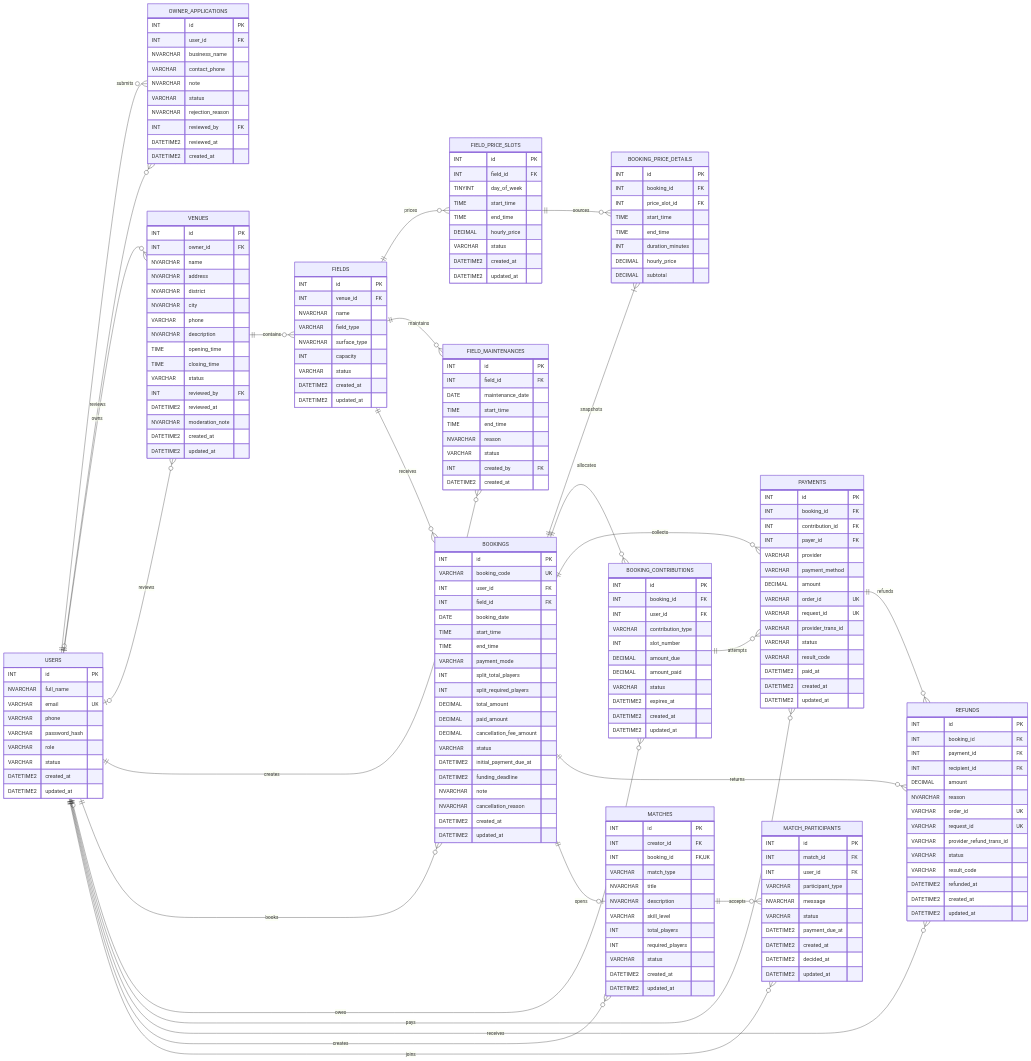
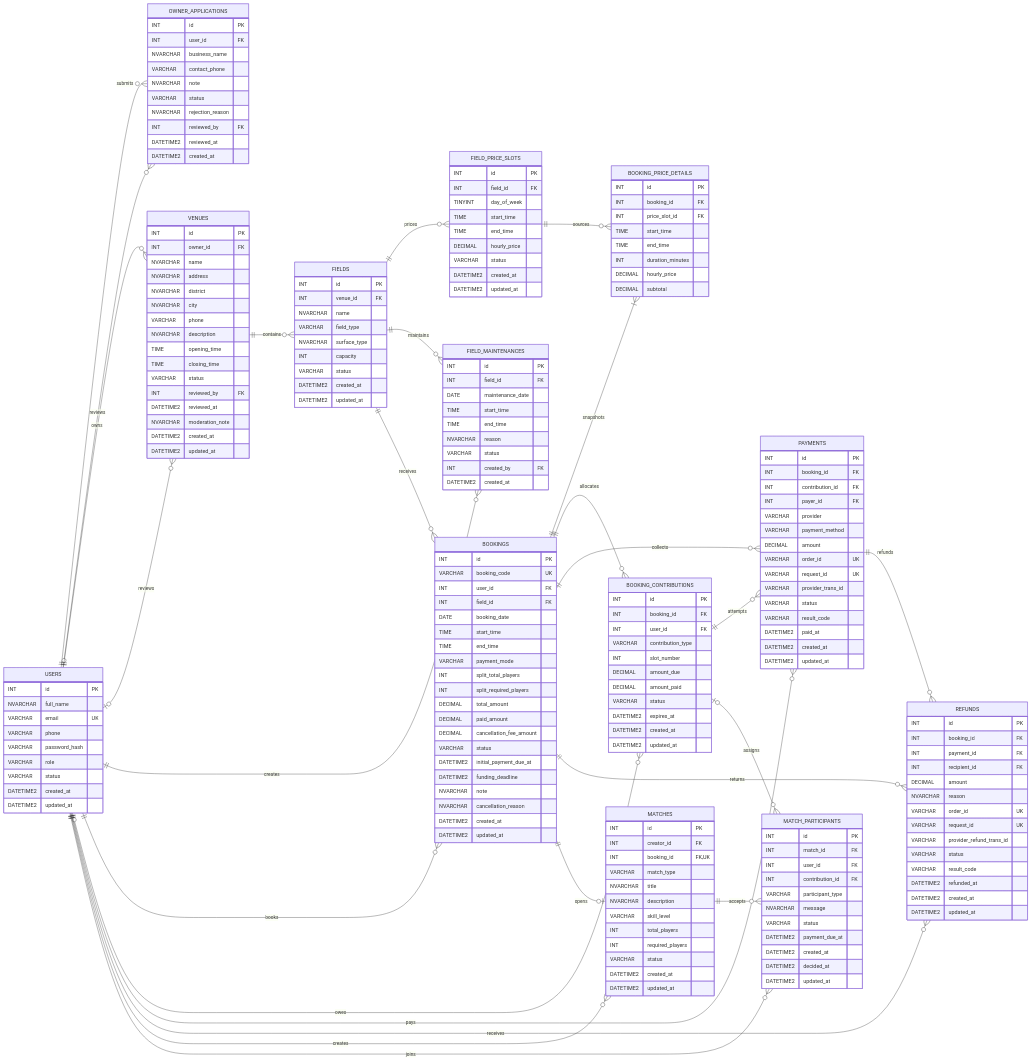
One commit to nguyenhuynguyenhuy195-creator/sports-field-booking-system changed the diagram in docs/diagrams/erd.mmd. Above: the diagram before and after it, drawn with Mermaid. The commit also changed 32 other files, not shown here.

```diff
--- a/docs/diagrams/erd.mmd
+++ b/docs/diagrams/erd.mmd
@@ -183,6 +183,7 @@
         INT id PK
         INT match_id FK
         INT user_id FK
+        INT contribution_id FK
         VARCHAR participant_type
         NVARCHAR message
         VARCHAR status
@@ -216,3 +217,4 @@
     USERS ||--o{ MATCHES : creates
     MATCHES ||--o{ MATCH_PARTICIPANTS : accepts
     USERS ||--o{ MATCH_PARTICIPANTS : joins
+    BOOKING_CONTRIBUTIONS o|--o{ MATCH_PARTICIPANTS : assigns
```
